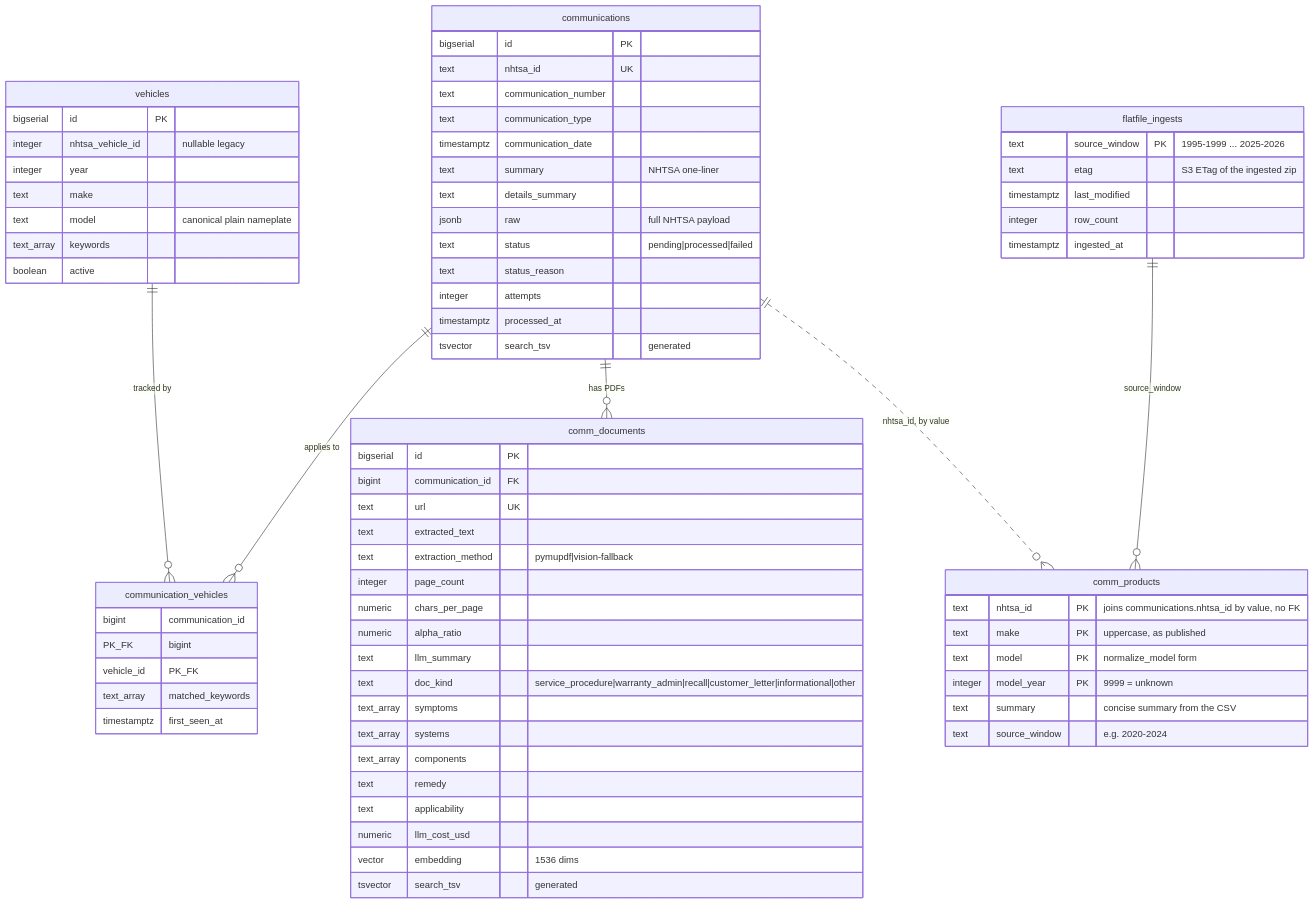
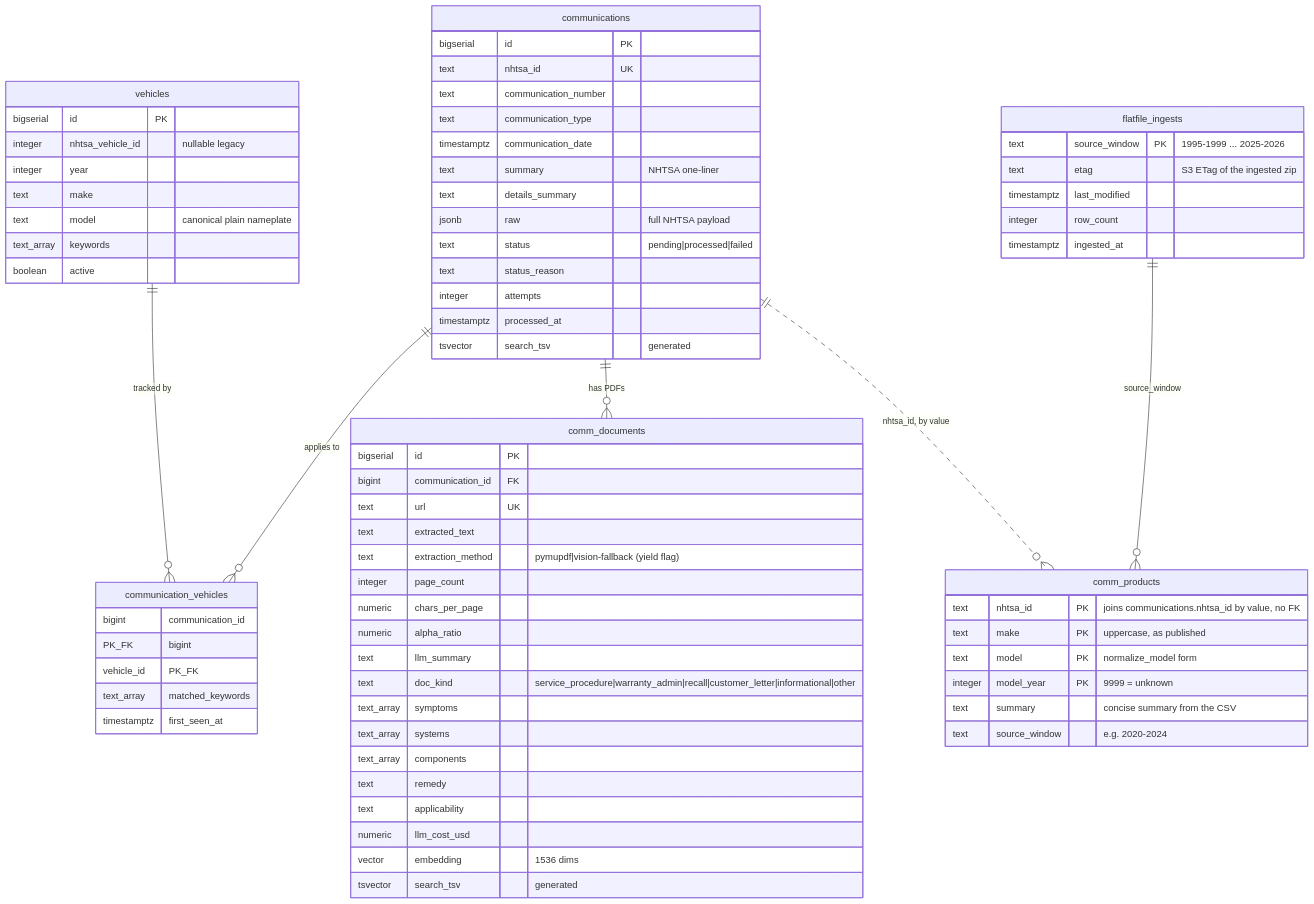
The first of 2 diagrams in docs/schema.md (jippylong12/nhtsa-manu-comms), drawn with Mermaid before and after one commit. The commit also changed other lines of this file and 21 other files, not shown here.

````diff
--- a/docs/schema.md
+++ b/docs/schema.md
@@ -11,79 +11,79 @@
 ```mermaid
 erDiagram
     vehicles ||--o{ communication_vehicles : "tracked by"
     communications ||--o{ communication_vehicles : "applies to"
     communications ||--o{ comm_documents : "has PDFs"
     communications ||..o{ comm_products : "nhtsa_id, by value"
     flatfile_ingests ||--o{ comm_products : "source_window"
 
     vehicles {
         bigserial id PK
         integer nhtsa_vehicle_id "nullable legacy"
         integer year
         text make
         text model "canonical plain nameplate"
         text_array keywords
         boolean active
     }
 
     communications {
         bigserial id PK
         text nhtsa_id UK
         text communication_number
         text communication_type
         timestamptz communication_date
         text summary "NHTSA one-liner"
         text details_summary
         jsonb raw "full NHTSA payload"
         text status "pending|processed|failed"
         text status_reason
         integer attempts
         timestamptz processed_at
         tsvector search_tsv "generated"
     }
 
     comm_documents {
         bigserial id PK
         bigint communication_id FK
         text url UK
         text extracted_text
-        text extraction_method "pymupdf|vision-fallback"
+        text extraction_method "pymupdf|vision-fallback (yield flag)"
         integer page_count
         numeric chars_per_page
         numeric alpha_ratio
         text llm_summary
         text doc_kind "service_procedure|warranty_admin|recall|customer_letter|informational|other"
         text_array symptoms
         text_array systems
         text_array components
         text remedy
         text applicability
         numeric llm_cost_usd
         vector embedding "1536 dims"
         tsvector search_tsv "generated"
     }
 
     communication_vehicles {
         bigint communication_id PK_FK
         bigint vehicle_id PK_FK
         text_array matched_keywords
         timestamptz first_seen_at
     }
 
     comm_products {
         text nhtsa_id PK "joins communications.nhtsa_id by value, no FK"
         text make PK "uppercase, as published"
         text model PK "normalize_model form"
         integer model_year PK "9999 = unknown"
         text summary "concise summary from the CSV"
         text source_window "e.g. 2020-2024"
     }
 
     flatfile_ingests {
         text source_window PK "1995-1999 ... 2025-2026"
         text etag "S3 ETag of the ingested zip"
         timestamptz last_modified
         integer row_count
         timestamptz ingested_at
     }
 ```
````
